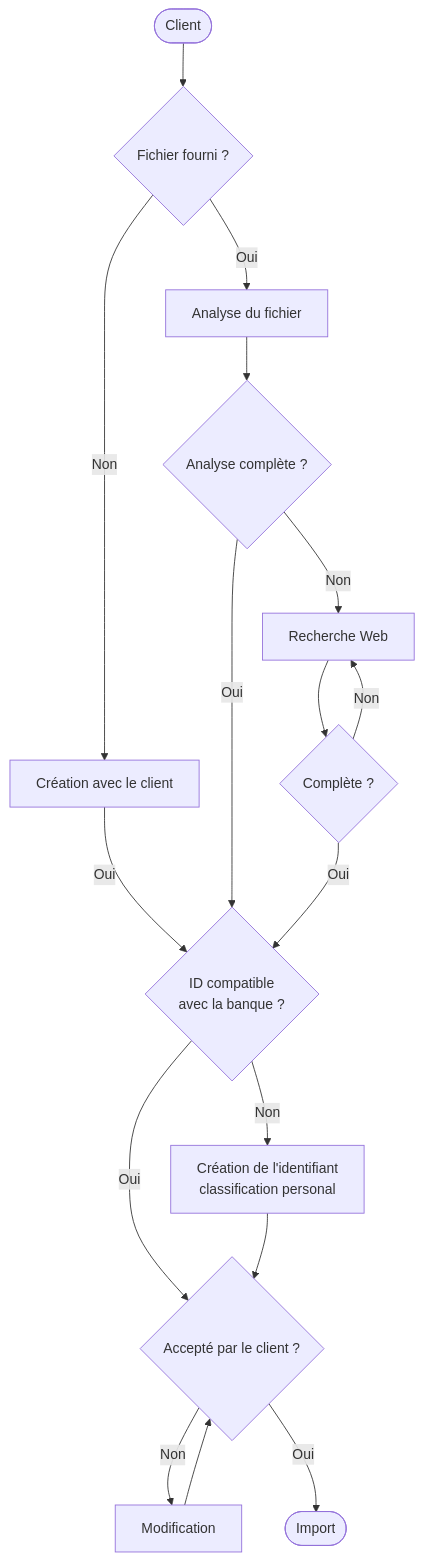
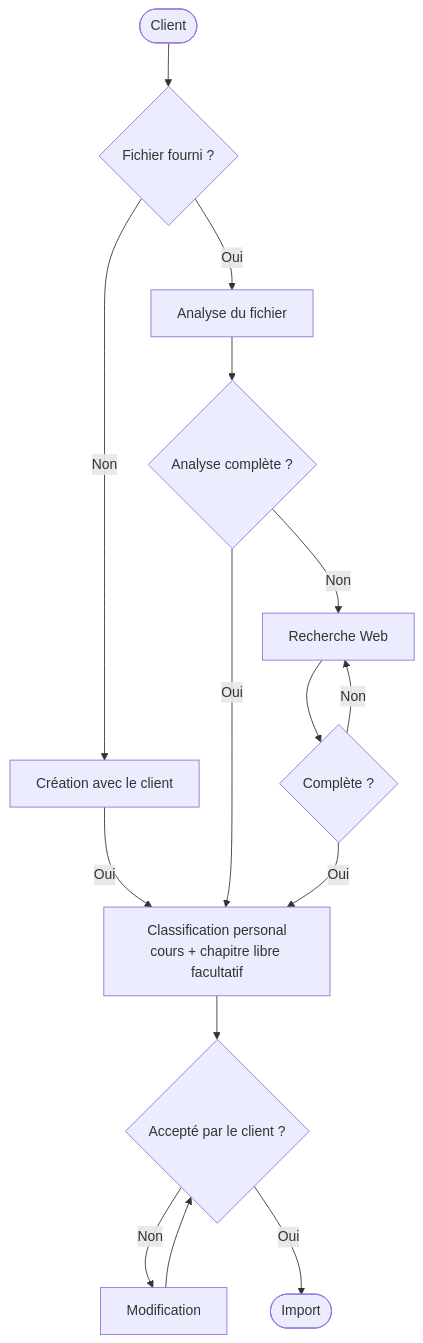
Before and after one commit to LOZEST/quiz-tsi-next: the diagram in docs/integrations/chatgpt-import/EXAMPLE_CONVERSATION.md, drawn with Mermaid. The commit also changed other lines of this file and 6 other files, not shown here.

First line of the commit message:
fix: drop official-program classification from the ChatGPT import flow

````diff
--- a/docs/integrations/chatgpt-import/EXAMPLE_CONVERSATION.md
+++ b/docs/integrations/chatgpt-import/EXAMPLE_CONVERSATION.md
@@ -7,32 +7,29 @@
 ```mermaid
 flowchart TD
     Client([Client])
     Fichier{Fichier fourni ?}
     Creation[Création avec le client]
     Analyse[Analyse du fichier]
     Complete1{Analyse complète ?}
     Web[Recherche Web]
     Complete2{Complète ?}
-    IdCompatible{ID compatible<br/>avec la banque ?}
-    CreationId[Création de l'identifiant<br/>classification personal]
+    CreationId[Classification personal<br/>cours + chapitre libre facultatif]
     AcceptClient{Accepté par le client ?}
     Modification[Modification]
     Import([Import])
 
     Client --> Fichier
     Fichier -- Non --> Creation
     Fichier -- Oui --> Analyse
-    Creation -- Oui --> IdCompatible
+    Creation -- Oui --> CreationId
     Analyse --> Complete1
     Complete1 -- Non --> Web
-    Complete1 -- Oui --> IdCompatible
+    Complete1 -- Oui --> CreationId
     Web --> Complete2
     Complete2 -- Non --> Web
-    Complete2 -- Oui --> IdCompatible
-    IdCompatible -- Non --> CreationId
-    IdCompatible -- Oui --> AcceptClient
+    Complete2 -- Oui --> CreationId
     CreationId --> AcceptClient
     AcceptClient -- Non --> Modification
     Modification --> AcceptClient
     AcceptClient -- Oui --> Import
 ```
````
